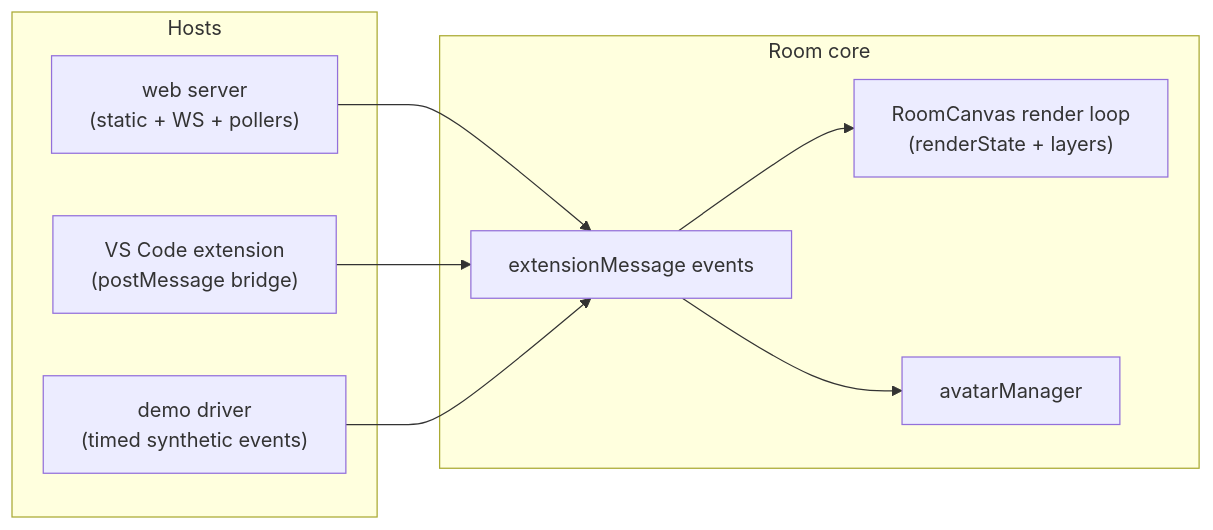
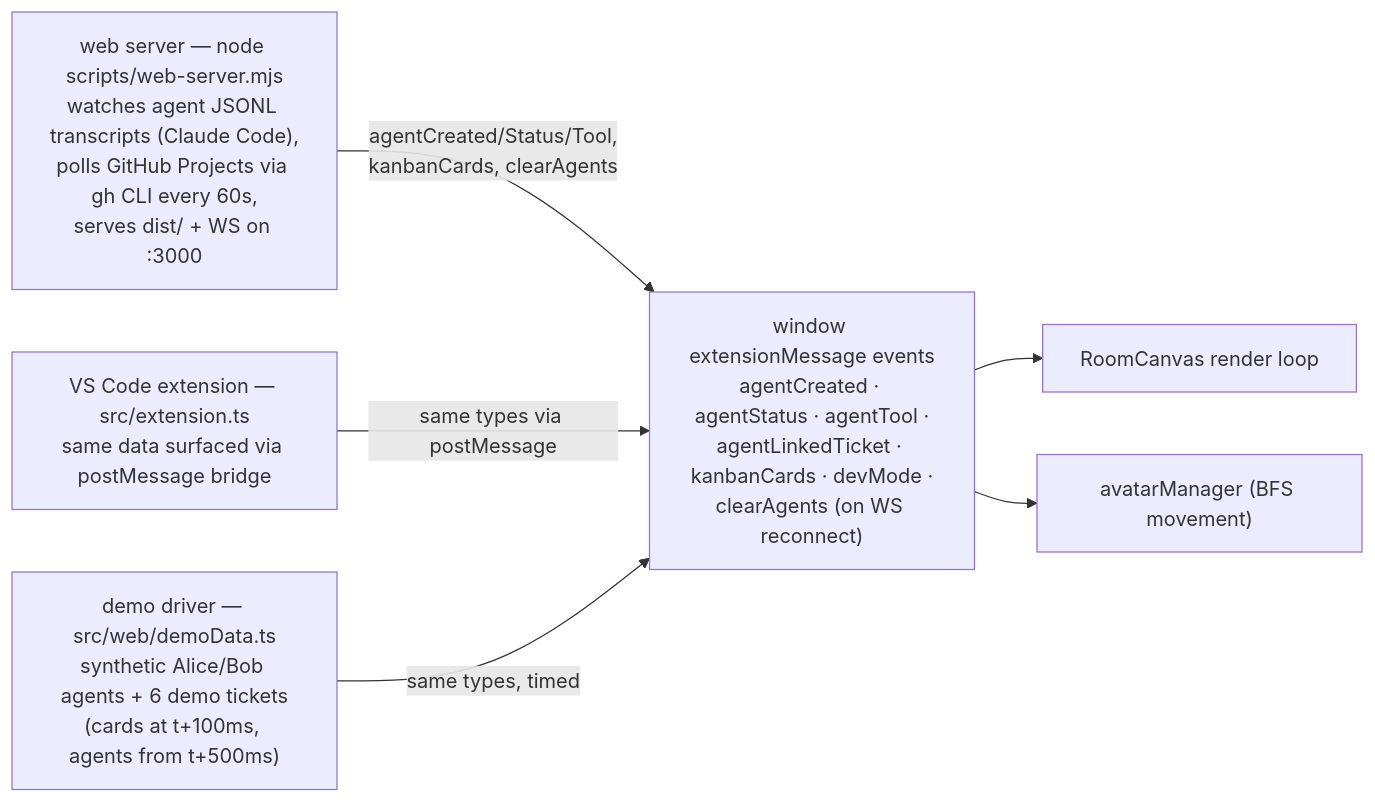
One commit to AventusM/habbo-pixel-agents changed the first of 4 diagrams in README.md. Above: the diagram before and after it, drawn with Mermaid. The commit also changed other lines of this file and 1 other file, not shown here.

Commit message:
docs(readme+arch): step-by-step detail in diagrams — asset pipeline commands, render loop steps, cluster responsibilities

````diff
--- a/README.md
+++ b/README.md
@@ -232,18 +234,14 @@
 ```mermaid
 flowchart LR
-  subgraph hosts["Hosts"]
-    WEB["web server<br/>(static + WS + pollers)"]
-    EXT["VS Code extension<br/>(postMessage bridge)"]
-    DEMO["demo driver<br/>(timed synthetic events)"]
-  end
-  subgraph core["Room core"]
-    BUS["extensionMessage events"]
-    RC["RoomCanvas render loop<br/>(renderState + layers)"]
-    AM["avatarManager"]
-  end
-  WEB --> BUS
-  EXT --> BUS
-  DEMO --> BUS
+  WEB["web server — node scripts/web-server.mjs<br/>watches agent JSONL transcripts (Claude Code),<br/>polls GitHub Projects via gh CLI every 60s,<br/>serves dist/ + WS on :3000"]
+  EXT["VS Code extension — src/extension.ts<br/>same data surfaced via postMessage bridge"]
+  DEMO["demo driver — src/web/demoData.ts<br/>synthetic Alice/Bob agents + 6 demo tickets<br/>(cards at t+100ms, agents from t+500ms)"]
+  BUS["window extensionMessage events<br/>agentCreated · agentStatus · agentTool ·<br/>agentLinkedTicket · kanbanCards · devMode ·<br/>clearAgents (on WS reconnect)"]
+  RC["RoomCanvas render loop"]
+  AM["avatarManager (BFS movement)"]
+  WEB -->|"agentCreated/Status/Tool,<br/>kanbanCards, clearAgents"| BUS
+  EXT -->|"same types via postMessage"| BUS
+  DEMO -->|"same types, timed"| BUS
   BUS --> RC
   BUS --> AM
 ```
````
